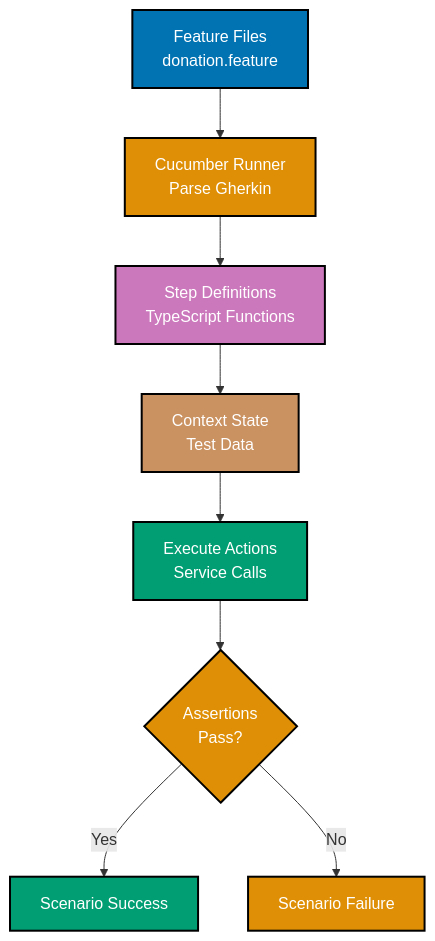
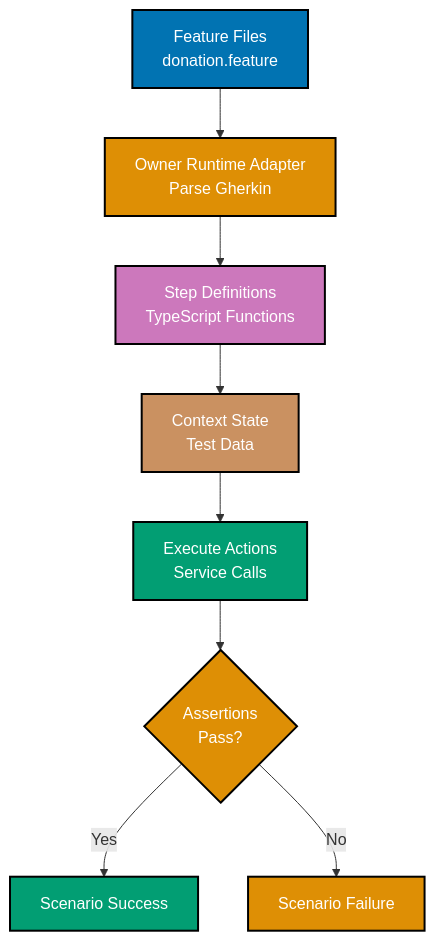
One commit to wahidyankf/open-sharia-fintech changed the second of 4 diagrams in docs/explanation/software-engineering/programming-languages/typescript/behaviour-driven-development.md. Above: the diagram before and after it, drawn with Mermaid. The commit also changed other lines of this file and 2403 other files, not shown here.

````diff
--- a/docs/explanation/software-engineering/programming-languages/typescript/behaviour-driven-development.md
+++ b/docs/explanation/software-engineering/programming-languages/typescript/behaviour-driven-development.md
@@ -66,26 +70,26 @@
 ```mermaid
 %% Color Palette: Blue #0173B2, Orange #DE8F05, Teal #029E73, Purple #CC78BC, Brown #CA9161
 graph TD
     A["Feature Files<br/>donation.feature"]:::blue
-    B["Cucumber Runner<br/>Parse Gherkin"]:::orange
+    B["Owner Runtime Adapter<br/>Parse Gherkin"]:::orange
     C["Step Definitions<br/>TypeScript Functions"]:::purple
     D["Context State<br/>Test Data"]:::brown
     E["Execute Actions<br/>Service Calls"]:::teal
     F{"Assertions<br/>Pass?"}:::orange
     G["Scenario Success"]:::teal
     H["Scenario Failure"]:::orange
 
     A --> B
     B --> C
     C --> D
     D --> E
     E --> F
     F -->|Yes| G
     F -->|No| H
 
     classDef blue fill:#0173B2,stroke:#000000,color:#FFFFFF,stroke-width:2px
     classDef orange fill:#DE8F05,stroke:#000000,color:#FFFFFF,stroke-width:2px
     classDef teal fill:#029E73,stroke:#000000,color:#FFFFFF,stroke-width:2px
     classDef purple fill:#CC78BC,stroke:#000000,color:#FFFFFF,stroke-width:2px
     classDef brown fill:#CA9161,stroke:#000000,color:#FFFFFF,stroke-width:2px
 ```
````
